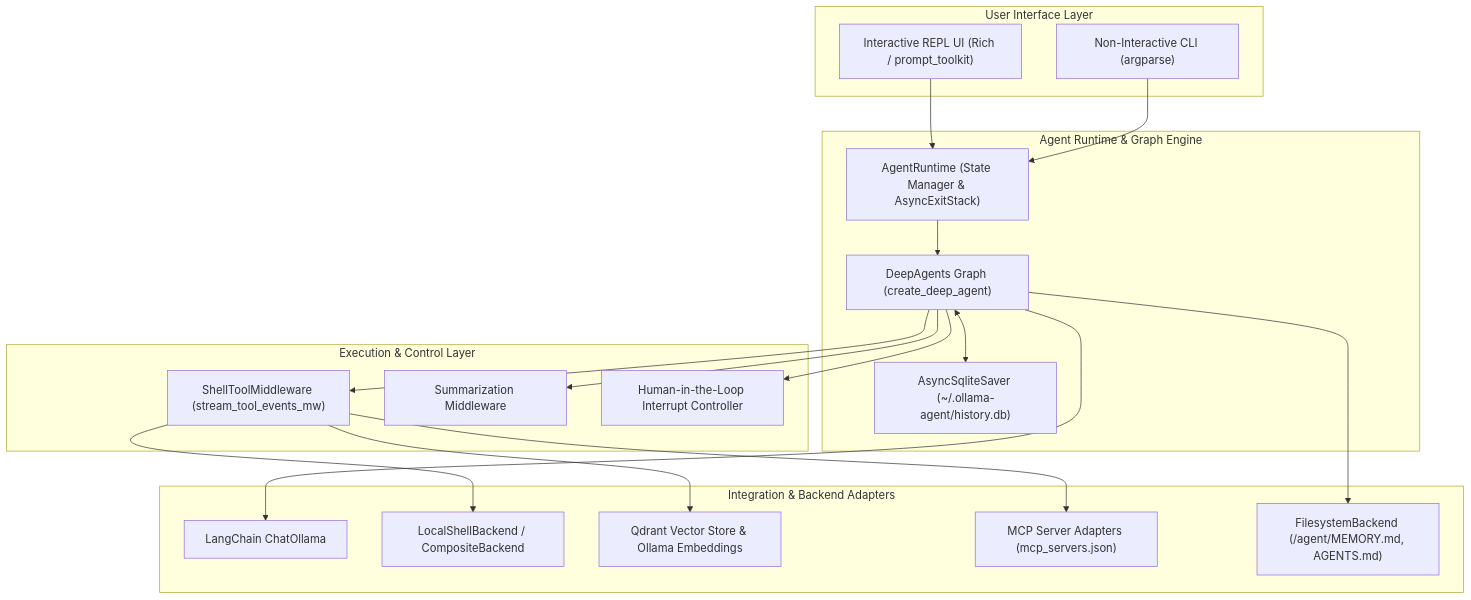
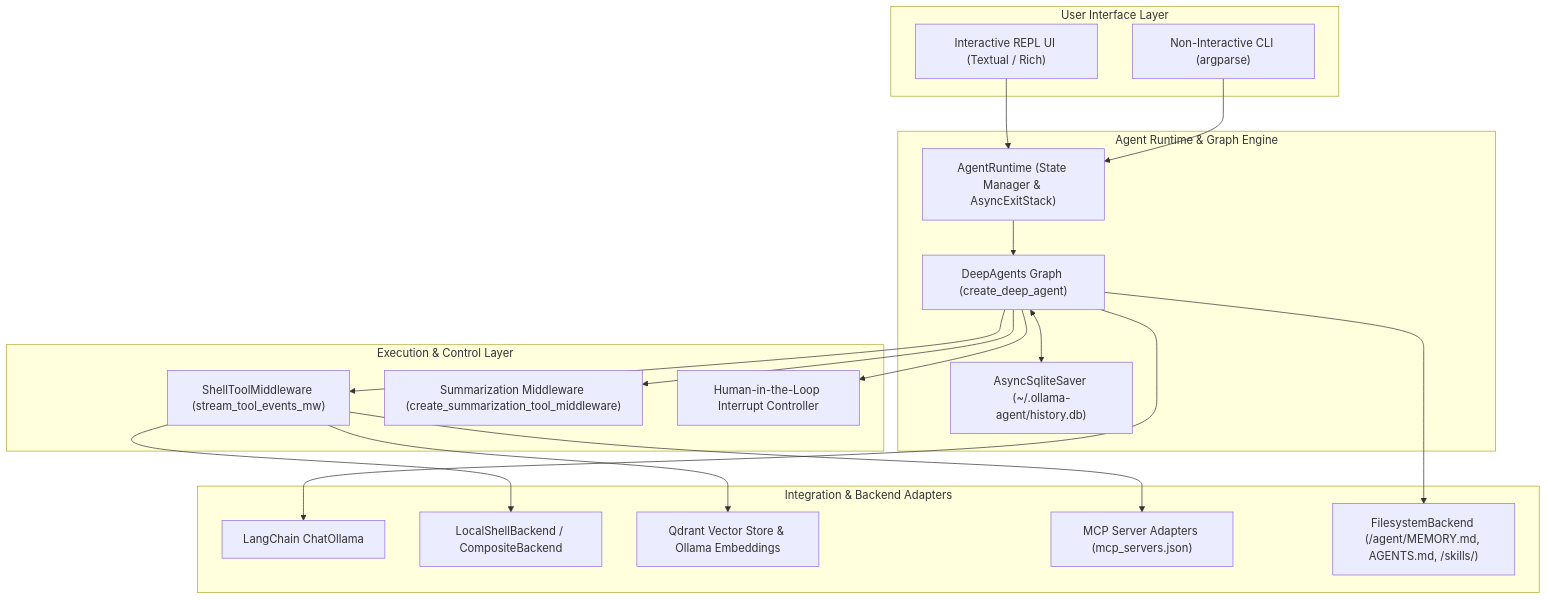
One commit to arrase/ollama-agent changed the first of 8 diagrams in docs/architecture.md. Above: the diagram before and after it, drawn with Mermaid. The commit also changed other lines of this file and 9 other files, not shown here.

````diff
--- a/docs/architecture.md
+++ b/docs/architecture.md
@@ -11,40 +11,40 @@
 ```mermaid
 flowchart TD
     subgraph UI ["User Interface Layer"]
-        REPL["Interactive REPL UI (Rich / prompt_toolkit)"]
+        REPL["Interactive REPL UI (Textual / Rich)"]
         CLI["Non-Interactive CLI (argparse)"]
     end
 
     subgraph Core ["Agent Runtime & Graph Engine"]
         Runtime["AgentRuntime (State Manager & AsyncExitStack)"]
         Graph["DeepAgents Graph (create_deep_agent)"]
         Checkpointer["AsyncSqliteSaver (~/.ollama-agent/history.db)"]
     end
 
     subgraph Middleware ["Execution & Control Layer"]
         ToolMW["ShellToolMiddleware (stream_tool_events_mw)"]
-        SummarizerMW["Summarization Middleware"]
+        SummarizerMW["Summarization Middleware (create_summarization_tool_middleware)"]
         HITL["Human-in-the-Loop Interrupt Controller"]
     end
 
     subgraph Adapters ["Integration & Backend Adapters"]
         OllamaLLM["LangChain ChatOllama"]
         ShellBackend["LocalShellBackend / CompositeBackend"]
         RAGEngine["Qdrant Vector Store & Ollama Embeddings"]
         MCPAdapter["MCP Server Adapters (mcp_servers.json)"]
-        MemoryStore["FilesystemBackend (/agent/MEMORY.md, AGENTS.md)"]
+        MemoryStore["FilesystemBackend (/agent/MEMORY.md, AGENTS.md, /skills/)"]
     end
 
     REPL --> Runtime
     CLI --> Runtime
     Runtime --> Graph
     Graph <--> Checkpointer
     Graph --> ToolMW
     Graph --> SummarizerMW
     Graph --> HITL
     ToolMW --> ShellBackend
     ToolMW --> MCPAdapter
     ToolMW --> RAGEngine
     Graph --> OllamaLLM
     Graph --> MemoryStore
 ```
````
